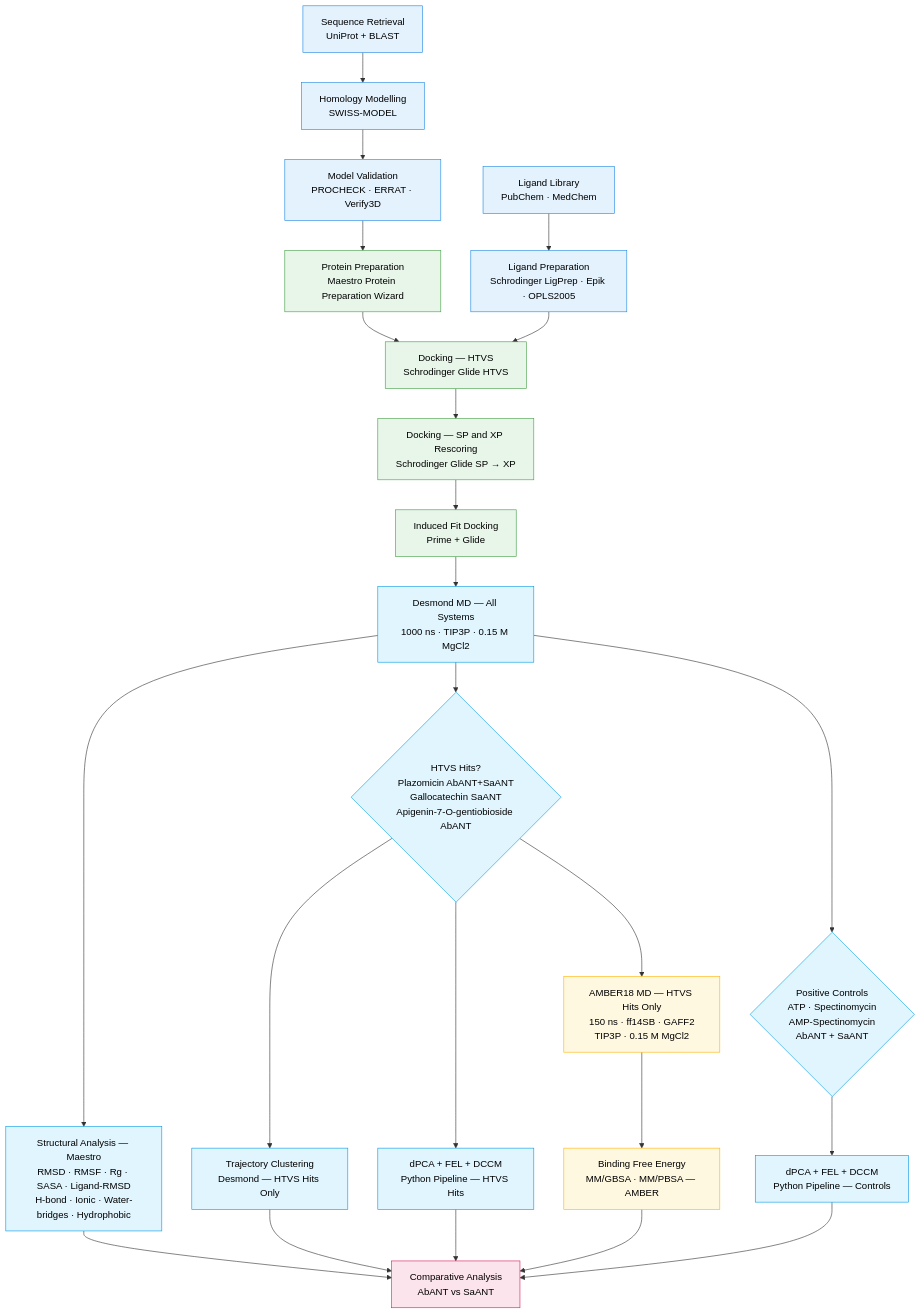
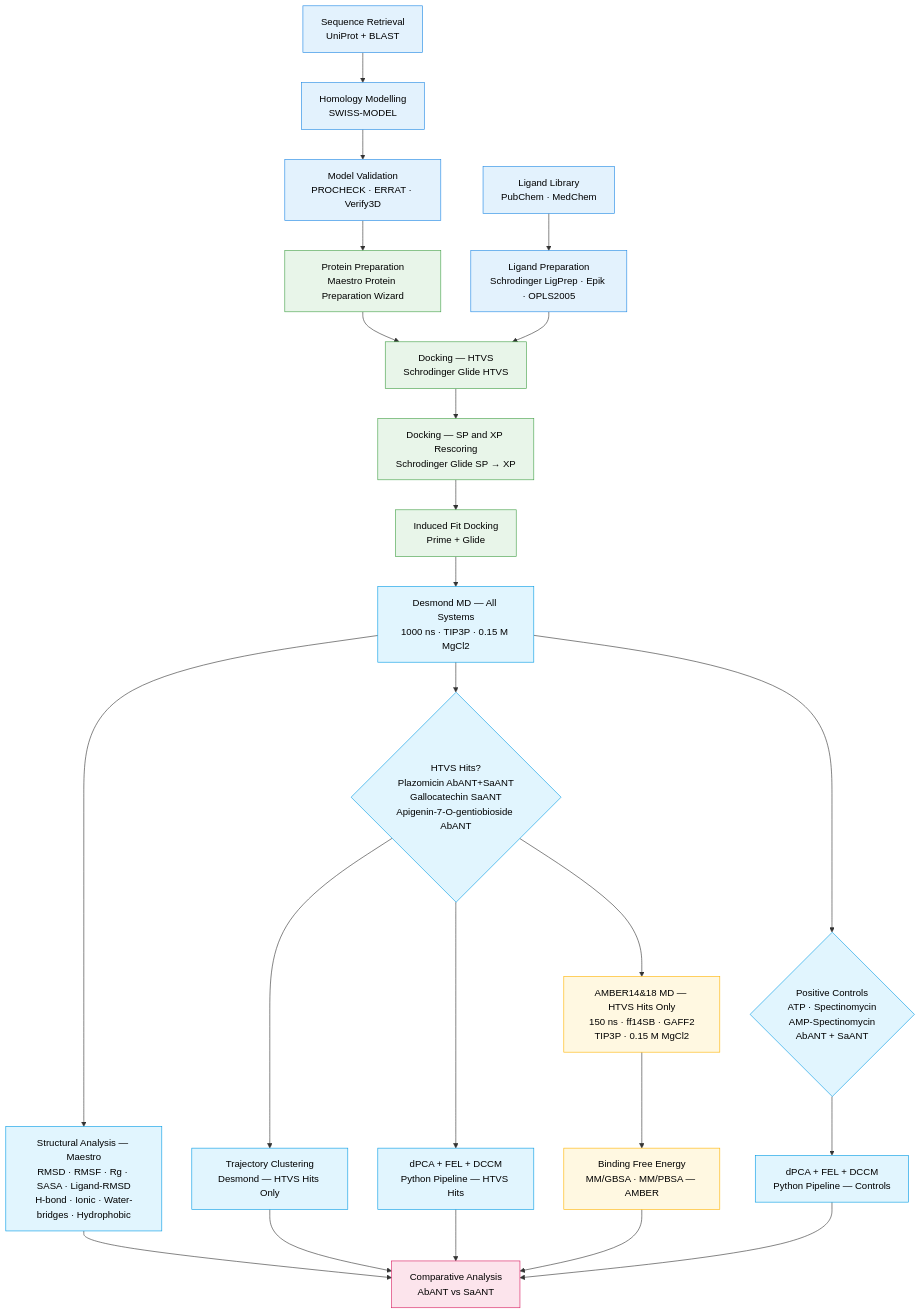
Before and after one commit to Menzisk/ANT-MDS-Analysis: the diagram in METHODS.md, drawn with Mermaid. The commit also changed other lines of this file, not shown here.

First line of the commit message:
Revise AMBER version references in METHODS.md

````diff
--- a/METHODS.md
+++ b/METHODS.md
@@ -9,58 +9,58 @@
 ```mermaid
 flowchart TD
 
 %% --- STYLES ---
 classDef prep     fill:#E3F2FD,stroke:#1E88E5,color:#000;
 classDef dock     fill:#E8F5E9,stroke:#43A047,color:#000;
 classDef desmond  fill:#E1F5FE,stroke:#039BE5,color:#000;
 classDef amber    fill:#FFF8E1,stroke:#FFB300,color:#000;
 classDef analysis fill:#FFF3E0,stroke:#FB8C00,color:#000;
 classDef final    fill:#FCE4EC,stroke:#D81B60,color:#000;
 
 %% --- SEQUENCE & MODELLING ---
 A[Sequence Retrieval<br/>UniProt + BLAST] --> B[Homology Modelling<br/>SWISS-MODEL]
 B --> C[Model Validation<br/>PROCHECK · ERRAT · Verify3D]
 
 %% --- LIGAND PREPARATION ---
 D[Ligand Library<br/>PubChem · MedChem] --> E[Ligand Preparation<br/>Schrodinger LigPrep · Epik · OPLS2005]
 
 %% --- PROTEIN PREPARATION & DOCKING ---
 C --> F[Protein Preparation<br/>Maestro Protein Preparation Wizard]
 E --> G[Docking — HTVS<br/>Schrodinger Glide HTVS]
 F --> G
 G --> G2[Docking — SP and XP Rescoring<br/>Schrodinger Glide SP → XP]
 G2 --> H[Induced Fit Docking<br/>Prime + Glide]
 
 %% --- DESMOND 1000 ns (ALL SYSTEMS) ---
 H --> I[Desmond MD — All Systems<br/>1000 ns · TIP3P · 0.15 M MgCl2]
 
 %% --- DESMOND STRUCTURAL ANALYSIS (ALL SYSTEMS) ---
 I --> J[Structural Analysis — Maestro<br/>RMSD · RMSF · Rg · SASA · Ligand-RMSD<br/>H-bond · Ionic · Water-bridges · Hydrophobic]
 
 %% --- DESMOND HTVS HITS ONLY ---
 I --> K{HTVS Hits?<br/>Plazomicin AbANT+SaANT<br/>Gallocatechin SaANT<br/>Apigenin-7-O-gentiobioside AbANT}
 K --> K1[Trajectory Clustering<br/>Desmond — HTVS Hits Only]
 K --> K2[dPCA + FEL + DCCM<br/>Python Pipeline — HTVS Hits]
 
 %% --- DESMOND POSITIVE CONTROLS ---
 I --> PC{Positive Controls<br/>ATP · Spectinomycin<br/>AMP-Spectinomycin<br/>AbANT + SaANT}
 PC --> PC1[dPCA + FEL + DCCM<br/>Python Pipeline — Controls]
 
 %% --- AMBER 150 ns (HTVS HITS ONLY) ---
-K --> L[AMBER18 MD — HTVS Hits Only<br/>150 ns · ff14SB · GAFF2<br/>TIP3P · 0.15 M MgCl2]
+K --> L[AMBER14&18 MD — HTVS Hits Only<br/>150 ns · ff14SB · GAFF2<br/>TIP3P · 0.15 M MgCl2]
 L --> L1[Binding Free Energy<br/>MM/GBSA · MM/PBSA — AMBER]
 
 %% --- COMPARATIVE OUTPUT ---
 K1 --> M[Comparative Analysis<br/>AbANT vs SaANT]
 K2 --> M
 PC1 --> M
 L1 --> M
 J --> M
 
 %% --- CLASS ASSIGNMENT ---
 class A,B,C,D,E prep;
 class F,G,G2,H dock;
 class I,J,K,K1,K2,PC,PC1 desmond;
 class L,L1 amber;
 class M final;
 ```
````
